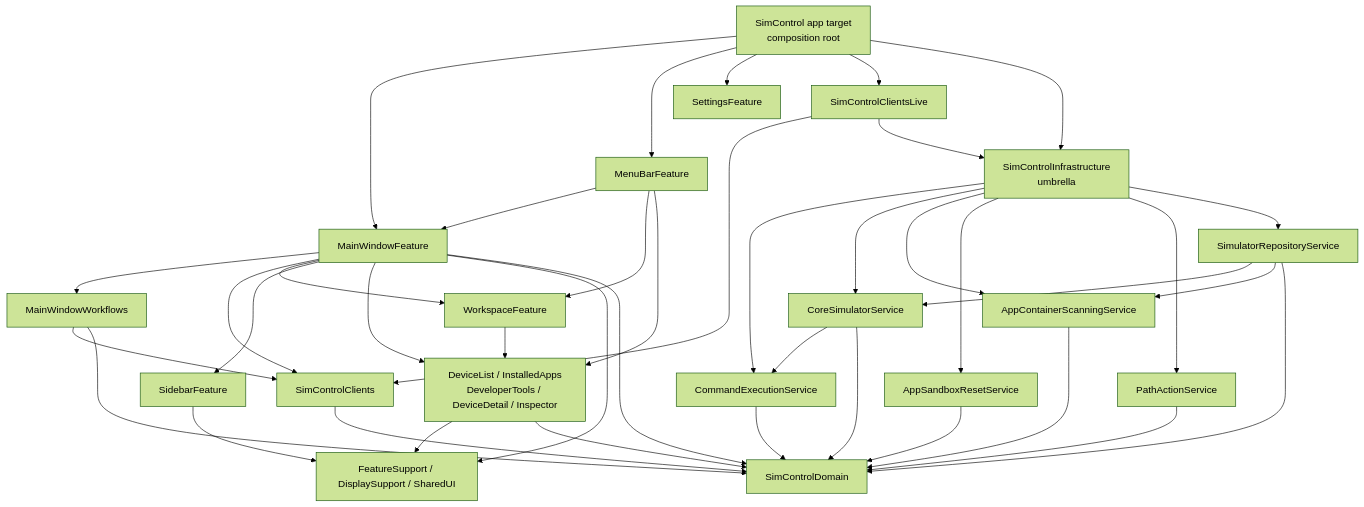
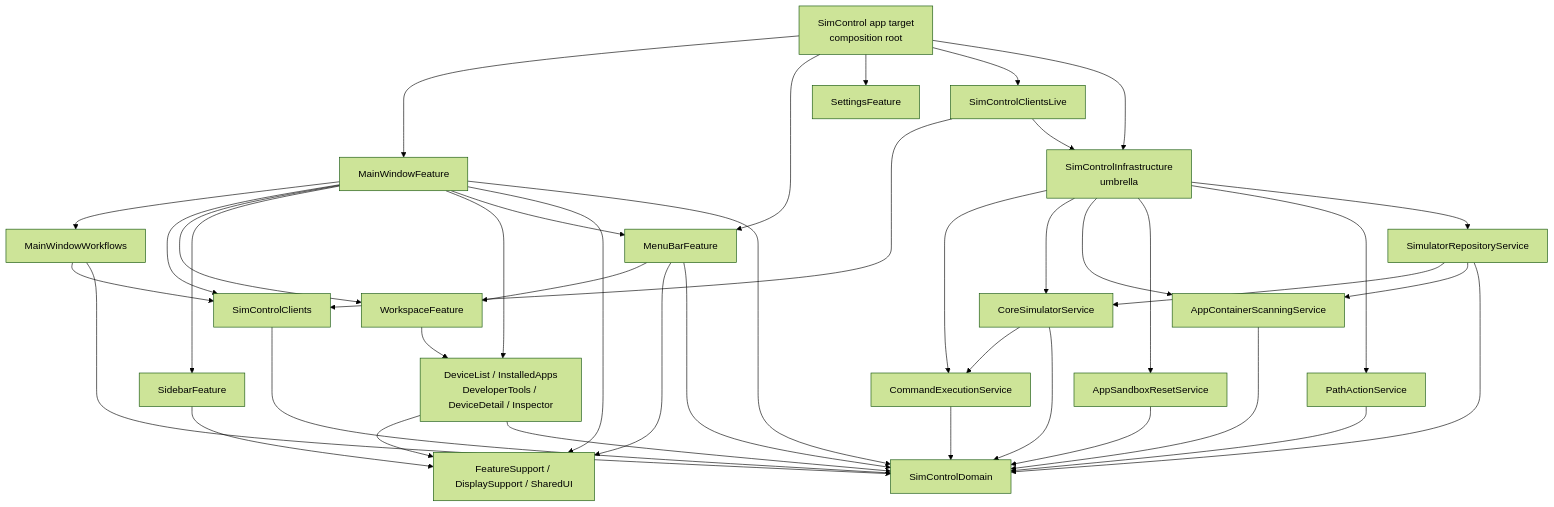
One commit to Jaesung-Jung/XcodeSimulatorManager changed the diagram in docs/architecture/isowords-inspired-modularization.md. Above: the diagram before and after it, drawn with Mermaid (forest theme). The commit also changed other lines of this file and 13 other files, not shown here.

Commit message:
refactor: make menu bar feature independent

````diff
--- a/docs/architecture/isowords-inspired-modularization.md
+++ b/docs/architecture/isowords-inspired-modularization.md
@@ -69,48 +69,49 @@
 ```mermaid
 flowchart TB
   App["SimControl app target\ncomposition root"] --> MainWindowFeature
   App --> MenuBarFeature
   App --> SettingsFeature
   App --> ClientsLive["SimControlClientsLive"]
   App --> Infra["SimControlInfrastructure\numbrella"]
 
   MainWindowFeature --> Workflows["MainWindowWorkflows"]
   MainWindowFeature --> Clients["SimControlClients"]
   MainWindowFeature --> WorkspaceFeature
   MainWindowFeature --> SidebarFeature
   MainWindowFeature --> LeafFeatures["DeviceList / InstalledApps\nDeveloperTools / DeviceDetail / Inspector"]
+  MainWindowFeature --> MenuBarFeature
   MainWindowFeature --> Support["FeatureSupport / DisplaySupport / SharedUI"]
   MainWindowFeature --> Domain["SimControlDomain"]
 
-  MenuBarFeature --> MainWindowFeature
   MenuBarFeature --> WorkspaceFeature
-  MenuBarFeature --> LeafFeatures
+  MenuBarFeature --> Support
+  MenuBarFeature --> Domain
 
   WorkspaceFeature --> LeafFeatures
   SidebarFeature --> Support
   LeafFeatures --> Support
   LeafFeatures --> Domain
   Workflows --> Clients
   Workflows --> Domain
 
   ClientsLive --> Clients
   ClientsLive --> Infra
   Clients --> Domain
 
   Infra --> CommandExecutionService
   Infra --> CoreSimulatorService
   Infra --> AppContainerScanningService
   Infra --> AppSandboxResetService
   Infra --> PathActionService
   Infra --> SimulatorRepositoryService
 
   SimulatorRepositoryService --> CoreSimulatorService
   SimulatorRepositoryService --> AppContainerScanningService
   CoreSimulatorService --> CommandExecutionService
   CommandExecutionService --> Domain
   CoreSimulatorService --> Domain
   AppContainerScanningService --> Domain
   AppSandboxResetService --> Domain
   PathActionService --> Domain
   SimulatorRepositoryService --> Domain
 ```
````
